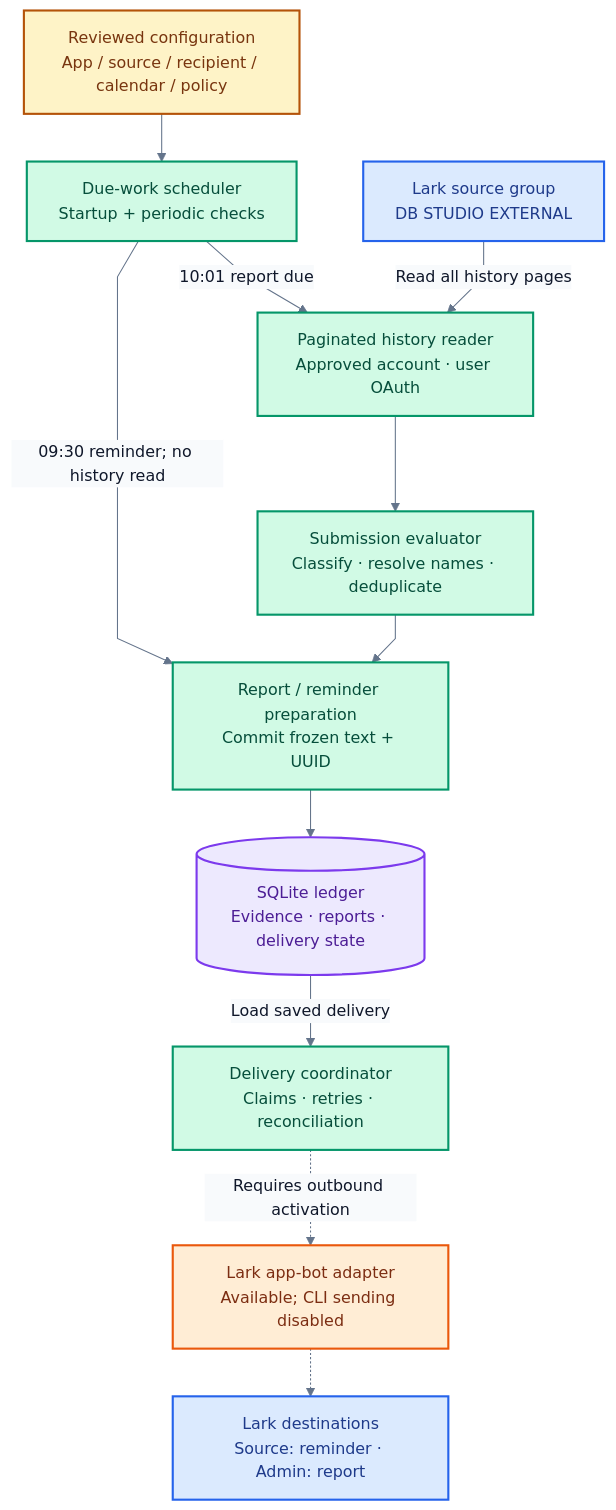
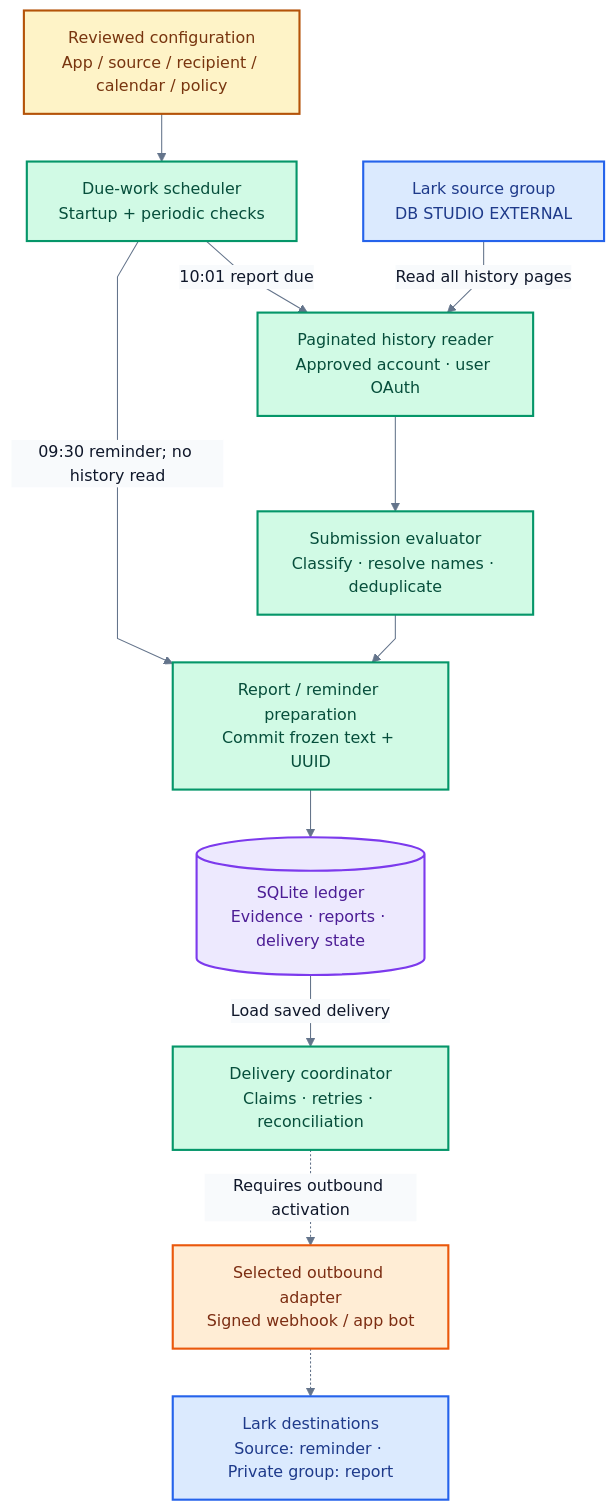
One commit to mbeka02/task-list-submission-automation changed the first of 5 diagrams in README.md. Above: the diagram before and after it, drawn with Mermaid. The commit also changed other lines of this file and 3 other files, not shown here.

````diff
--- a/README.md
+++ b/README.md
@@ -52,31 +52,31 @@
 ```mermaid
 %%{init: {"theme":"base","fontFamily":"sans-serif","themeVariables":{"fontFamily":"sans-serif","fontSize":"15px","lineColor":"#64748b","primaryTextColor":"#0f172a","edgeLabelBackground":"#f8fafc"},"flowchart":{"curve":"linear","nodeSpacing":40,"rankSpacing":45}}}%%
 flowchart TB
     CONFIG["Reviewed configuration<br/>App / source / recipient / calendar / policy"]:::config
     SCHEDULE["Due-work scheduler<br/>Startup + periodic checks"]:::worker
     SOURCE["Lark source group<br/>DB STUDIO EXTERNAL"]:::lark
     READER["Paginated history reader<br/>Approved account · user OAuth"]:::worker
     EVALUATE["Submission evaluator<br/>Classify · resolve names · deduplicate"]:::worker
     FREEZE["Report / reminder preparation<br/>Commit frozen text + UUID"]:::worker
     LEDGER[("SQLite ledger<br/>Evidence · reports · delivery state")]:::storage
     DELIVERY["Delivery coordinator<br/>Claims · retries · reconciliation"]:::worker
-    BOT["Lark app-bot adapter<br/>Available; CLI sending disabled"]:::outbound
-    TARGETS["Lark destinations<br/>Source: reminder · Admin: report"]:::lark
+    BOT["Selected outbound adapter<br/>Signed webhook / app bot"]:::outbound
+    TARGETS["Lark destinations<br/>Source: reminder · Private group: report"]:::lark
 
     CONFIG --> SCHEDULE
     SCHEDULE -->|10:01 report due| READER
     SOURCE -->|Read all history pages| READER
     READER --> EVALUATE
     EVALUATE --> FREEZE
     SCHEDULE -->|09:30 reminder; no history read| FREEZE
     FREEZE --> LEDGER
     LEDGER -->|Load saved delivery| DELIVERY
     DELIVERY -.->|Requires outbound activation| BOT
     BOT -.-> TARGETS
 
     classDef config fill:#fef3c7,stroke:#b45309,color:#78350f,stroke-width:2px;
     classDef lark fill:#dbeafe,stroke:#2563eb,color:#1e3a8a,stroke-width:2px;
     classDef worker fill:#d1fae5,stroke:#059669,color:#064e3b,stroke-width:2px;
     classDef storage fill:#ede9fe,stroke:#7c3aed,color:#4c1d95,stroke-width:2px;
     classDef outbound fill:#ffedd5,stroke:#ea580c,color:#7c2d12,stroke-width:2px;
 ```
````
